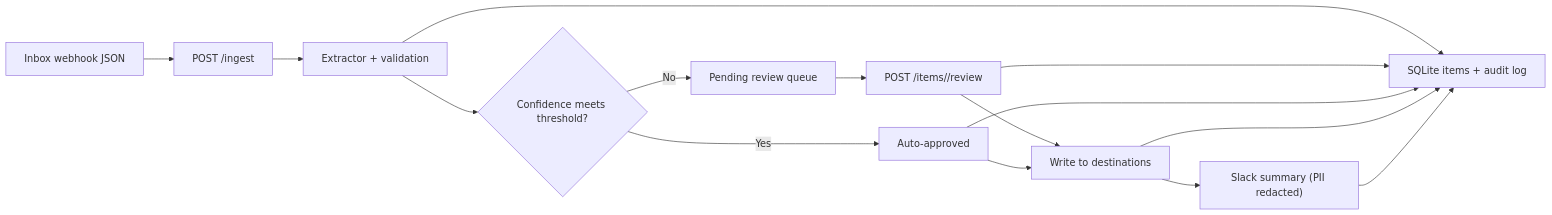
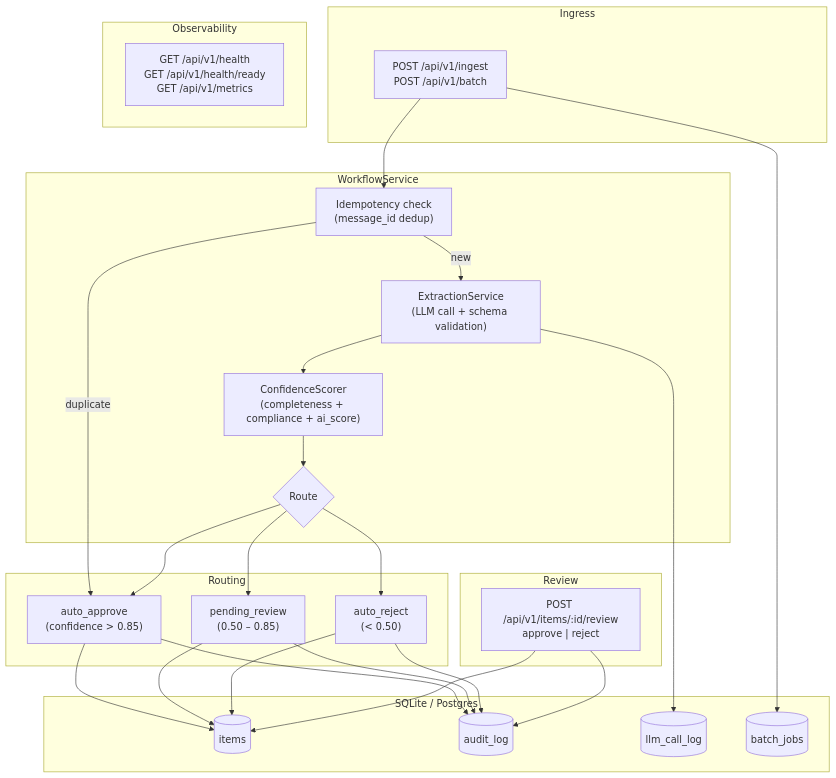
The diagram in README.md (afras23/ops-workflow-automation), drawn with Mermaid before and after one commit. The commit also changed other lines of this file and 7 other files, not shown here.

First line of the commit message:
docs: complete README, architecture, ADRs, and runbook

````diff
--- a/README.md
+++ b/README.md
@@ -40,22 +29,53 @@
 ```mermaid
-flowchart LR
-  A["Inbox webhook JSON"] --> B["POST /ingest"]
-  B --> C["Extractor + validation"]
-  C --> D{"Confidence meets threshold?"}
+flowchart TB
+    subgraph Ingress
+        A["POST /api/v1/ingest\nPOST /api/v1/batch"]
+    end
 
-  D -- "No" --> E["Pending review queue"]
-  E --> F["POST /items/<item_id>/review"]
+    subgraph WorkflowService
+        B["Idempotency check\n(message_id dedup)"]
+        C["ExtractionService\n(LLM call + schema validation)"]
+        D["ConfidenceScorer\n(completeness + compliance + ai_score)"]
+        E{"Route"}
+    end
 
-  D -- "Yes" --> G["Auto-approved"]
+    subgraph Routing
+        F["auto_approve\n(confidence > 0.85)"]
+        G["pending_review\n(0.50 – 0.85)"]
+        H["auto_reject\n(< 0.50)"]
+    end
 
-  F --> H["Write to destinations"]
-  G --> H
+    subgraph Storage["SQLite / Postgres"]
+        I[(items)]
+        J[(audit_log)]
+        K[(llm_call_log)]
+        L[(batch_jobs)]
+    end
 
-  H --> I["Slack summary (PII redacted)"]
+    subgraph Review
+        M["POST /api/v1/items/:id/review\napprove | reject"]
+    end
 
-  C --> J["SQLite items + audit log"]
-  F --> J
-  G --> J
-  H --> J
-  I --> J
-  ```
+    subgraph Observability
+        N["GET /api/v1/health\nGET /api/v1/health/ready\nGET /api/v1/metrics"]
+    end
+
+    A --> B
+    B -->|"duplicate"| F
+    B -->|"new"| C
+    C --> D
+    D --> E
+    E --> F
+    E --> G
+    E --> H
+    F --> I
+    G --> I
+    H --> I
+    F --> J
+    G --> J
+    H --> J
+    C --> K
+    M --> I
+    M --> J
+    A --> L
+```
````
